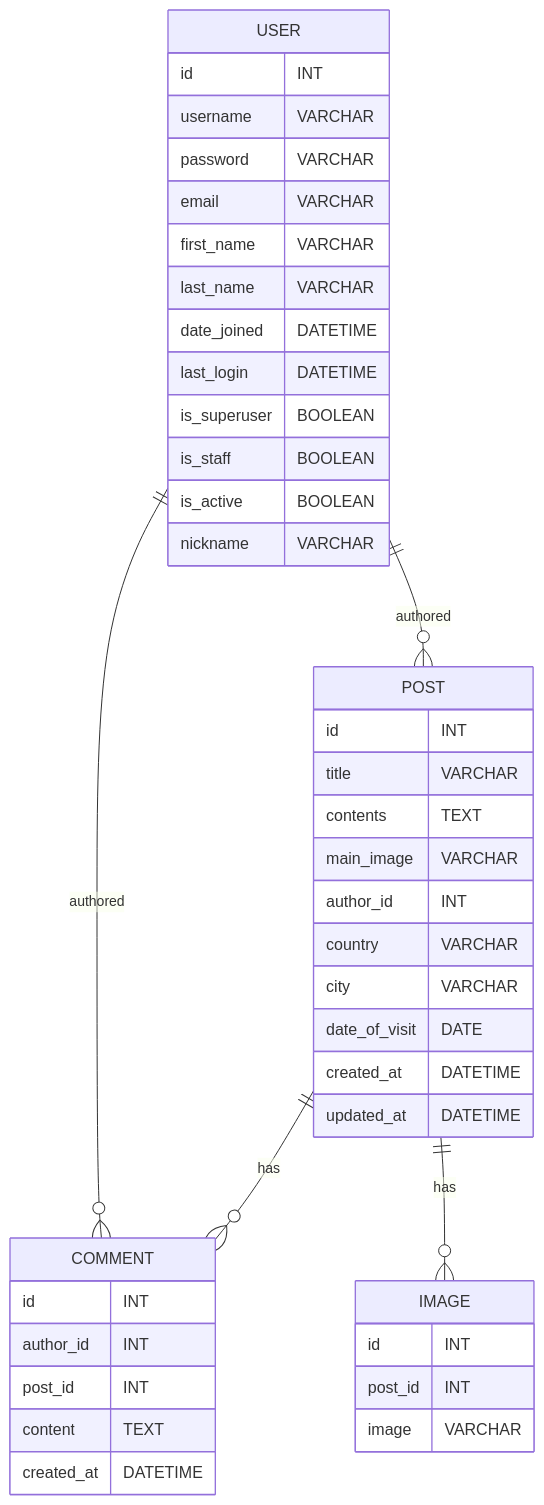
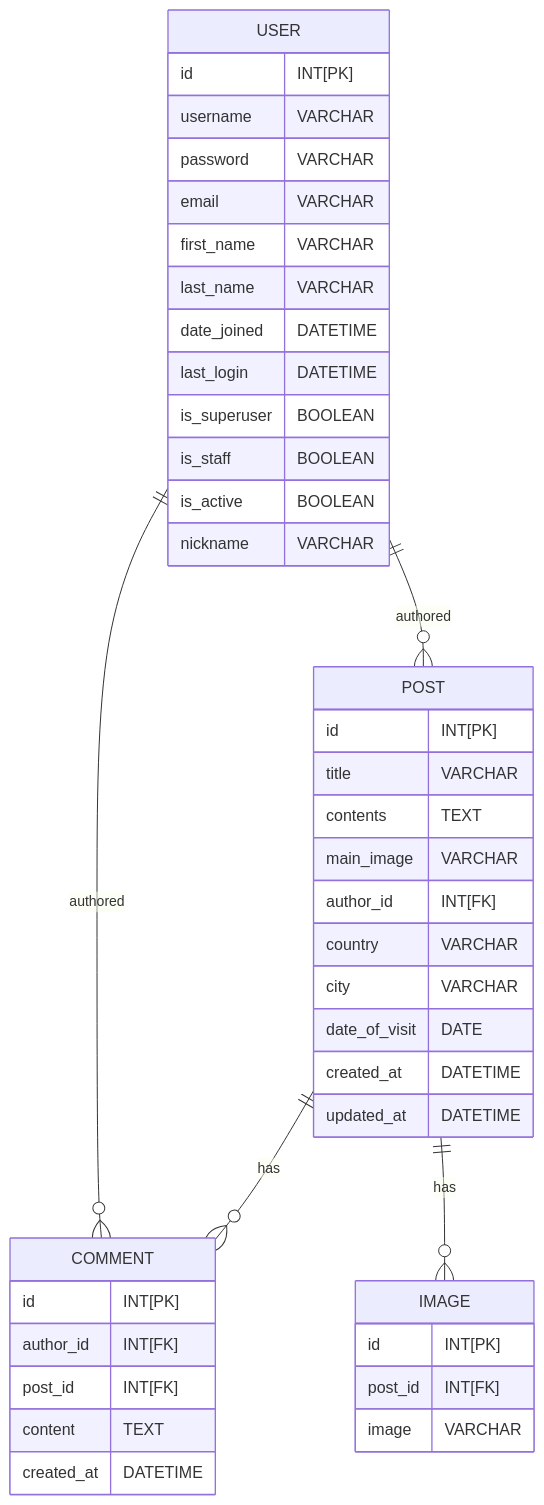
The third of 3 diagrams in README.md (sunha-shin/travel_blog), drawn with Mermaid before and after one commit. The commit also changed other lines of this file, not shown here.

````diff
--- a/README.md
+++ b/README.md
@@ -72,49 +73,48 @@
 ```mermaid
 erDiagram
     USER {
-        id INT
+        id INT[PK]
         username VARCHAR
         password VARCHAR
         email VARCHAR
         first_name VARCHAR
         last_name VARCHAR
         date_joined DATETIME
         last_login DATETIME
         is_superuser BOOLEAN
         is_staff BOOLEAN
         is_active BOOLEAN
         nickname VARCHAR
     }
     COMMENT {
-        id INT
-        author_id INT
-        post_id INT
+        id INT[PK]
+        author_id INT[FK]
+        post_id INT[FK]
         content TEXT
         created_at DATETIME
     }
 
     POST {
-        id INT
+        id INT[PK]
         title VARCHAR
         contents TEXT
         main_image VARCHAR
-        author_id INT
+        author_id INT[FK]
         country VARCHAR
         city VARCHAR
         date_of_visit DATE
         created_at DATETIME
         updated_at DATETIME
     }
 
     IMAGE {
-        id INT
-        post_id INT
+        id INT[PK]
+        post_id INT[FK]
         image VARCHAR
     }
 
     USER ||--o{ COMMENT : "authored"
     POST ||--o{ COMMENT : "has"
     USER ||--o{ POST : "authored"
     POST ||--o{ IMAGE : "has"
-
 ```
````
